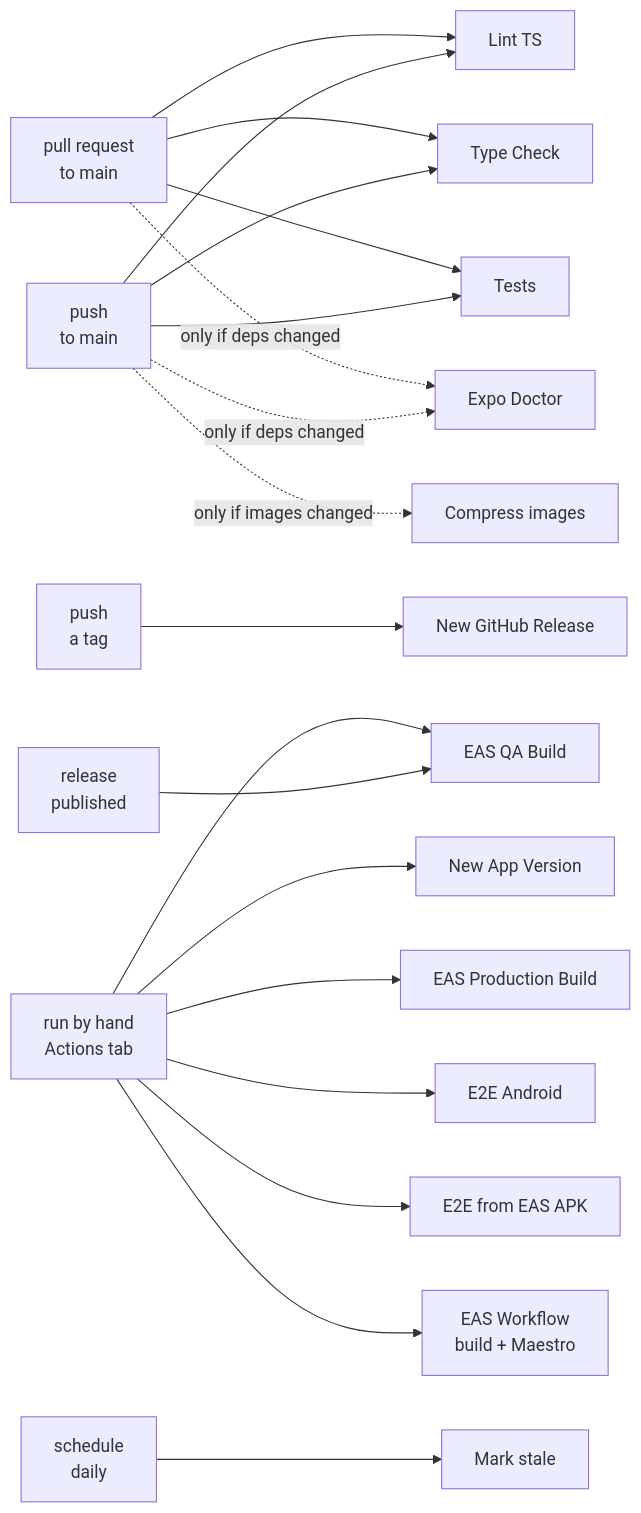
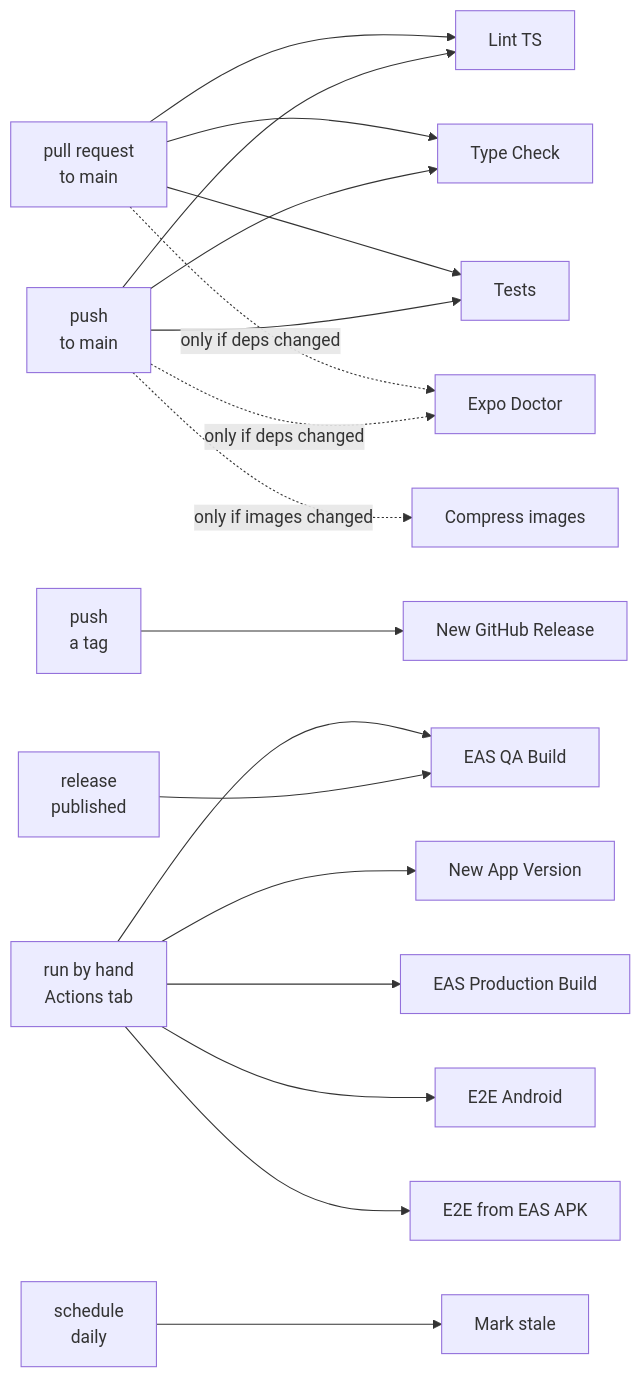
One commit to TiagoOlivv/s-expo changed the first of 2 diagrams in docs/ci/workflows.md. Above: the diagram before and after it, drawn with Mermaid. The commit also changed other lines of this file and 4 other files, not shown here.

First line of the commit message:
chore: drop the EAS Maestro workflow and the claims around it

````diff
--- a/docs/ci/workflows.md
+++ b/docs/ci/workflows.md
@@ -7,31 +7,30 @@
 ```mermaid
 flowchart LR
     PR["pull request<br/>to main"]
     PUSH["push<br/>to main"]
     TAG["push<br/>a tag"]
     REL["release<br/>published"]
     MAN["run by hand<br/>Actions tab"]
     CRON["schedule<br/>daily"]
 
     PR --> LINT["Lint TS"]
     PR --> TYPE["Type Check"]
     PR --> TEST["Tests"]
     PR -.->|"only if deps changed"| DOC["Expo Doctor"]
 
     PUSH --> LINT
     PUSH --> TYPE
     PUSH --> TEST
     PUSH -.->|"only if deps changed"| DOC
     PUSH -.->|"only if images changed"| IMG["Compress images"]
 
     MAN --> VER["New App Version"]
     MAN --> QA["EAS QA Build"]
     MAN --> PROD["EAS Production Build"]
     MAN --> E2EAS["E2E Android"]
     MAN --> E2EAS2["E2E from EAS APK"]
-    MAN --> EASWF["EAS Workflow<br/>build + Maestro"]
 
     TAG --> GHREL["New GitHub Release"]
     REL --> QA
     CRON --> STALE["Mark stale"]
 ```
````
